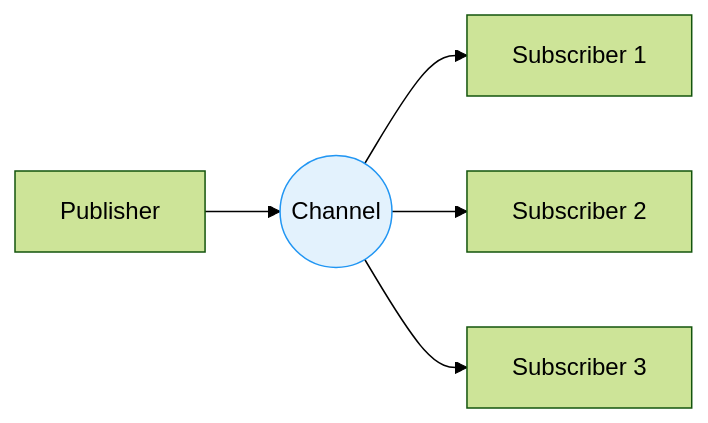
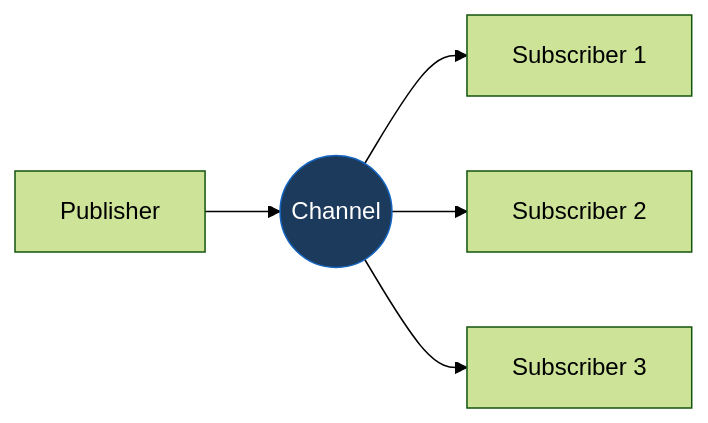
One commit to dlrivada/Encina changed the fourth of 4 diagrams in docs/messaging/transports.md. Above: the diagram before and after it, drawn with Mermaid (forest theme). The commit also changed other lines of this file and 6 other files, not shown here.

First line of the commit message:
docs: replace hardcoded light-mode Mermaid colors with dark equivalents

````diff
--- a/docs/messaging/transports.md
+++ b/docs/messaging/transports.md
@@ -149,9 +149,9 @@
 ```mermaid
 flowchart LR
     P[Publisher] --> C((Channel))
     C --> S1[Subscriber 1]
     C --> S2[Subscriber 2]
     C --> S3[Subscriber 3]
 
-    style C fill:#E3F2FD,stroke:#2196F3
+    style C fill:#1c3a5c,stroke:#1565c0,color:#fff
 ```
````
